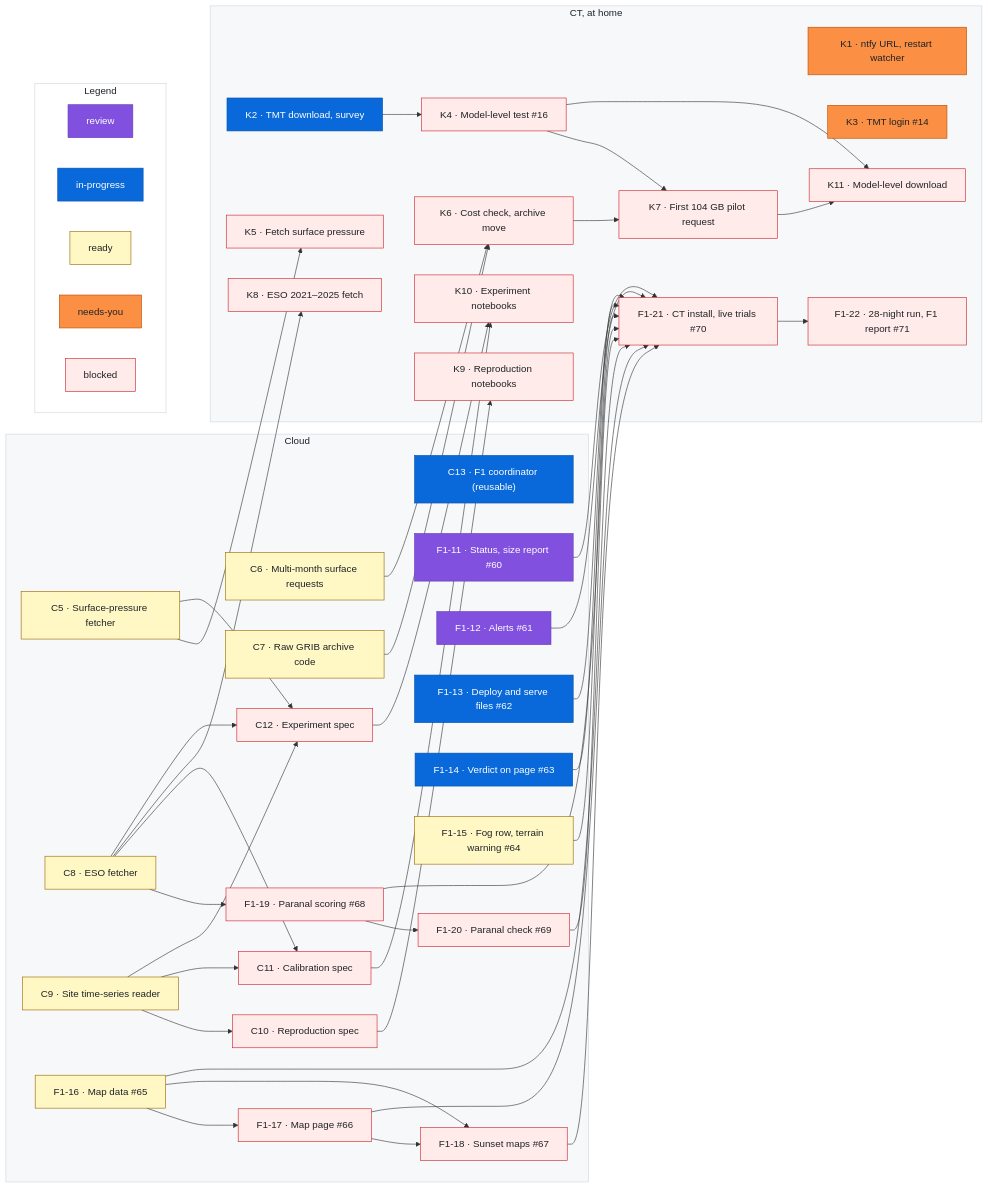
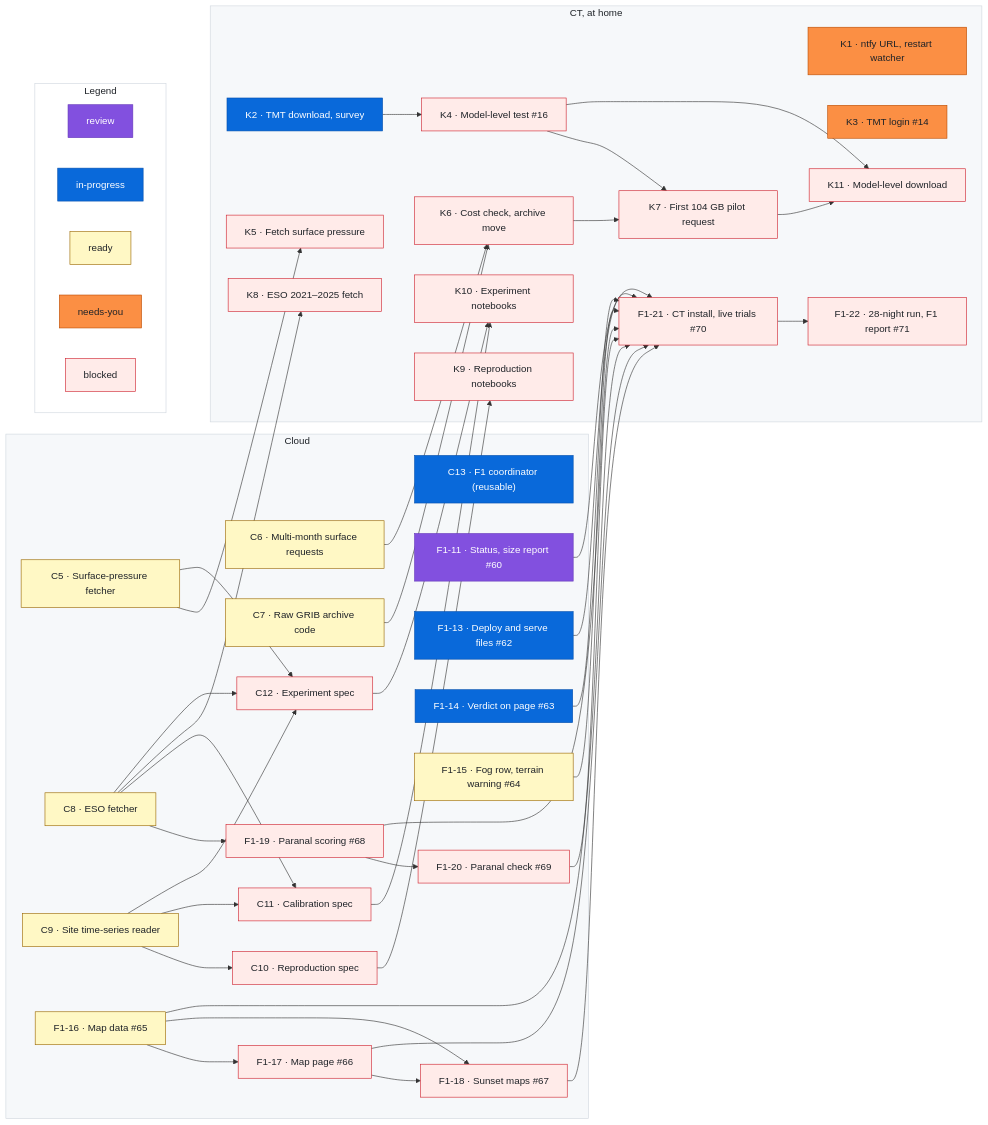
One commit to rrweller/Astro-seeing changed the diagram in docs/roadmap.md. Above: the diagram before and after it, drawn with Mermaid. The commit also changed other lines of this file, not shown here.

Commit message:
roadmap: remove F1-12 (#88 merged)

```diff
--- a/docs/roadmap.md
+++ b/docs/roadmap.md
@@ -99,7 +97,6 @@
     C12["C12 · Experiment spec"]
     C13["C13 · F1 coordinator (reusable)"]
     F1_11["F1-11 · Status, size report #60"]
-    F1_12["F1-12 · Alerts #61"]
     F1_13["F1-13 · Deploy and serve files #62"]
     F1_14["F1-14 · Verdict on page #63"]
     F1_15["F1-15 · Fog row, terrain warning #64"]
@@ -130,7 +127,6 @@
   C8 --> F1_19
   F1_19 --> F1_20
   F1_11 --> F1_21
-  F1_12 --> F1_21
   F1_13 --> F1_21
   F1_14 --> F1_21
   F1_15 --> F1_21
@@ -193,8 +189,6 @@
   %% ---
   class F1_11 review
   %% ---
-  class F1_12 review
-  %% ---
   class F1_13 inprogress
   %% ---
   class F1_14 inprogress
```
